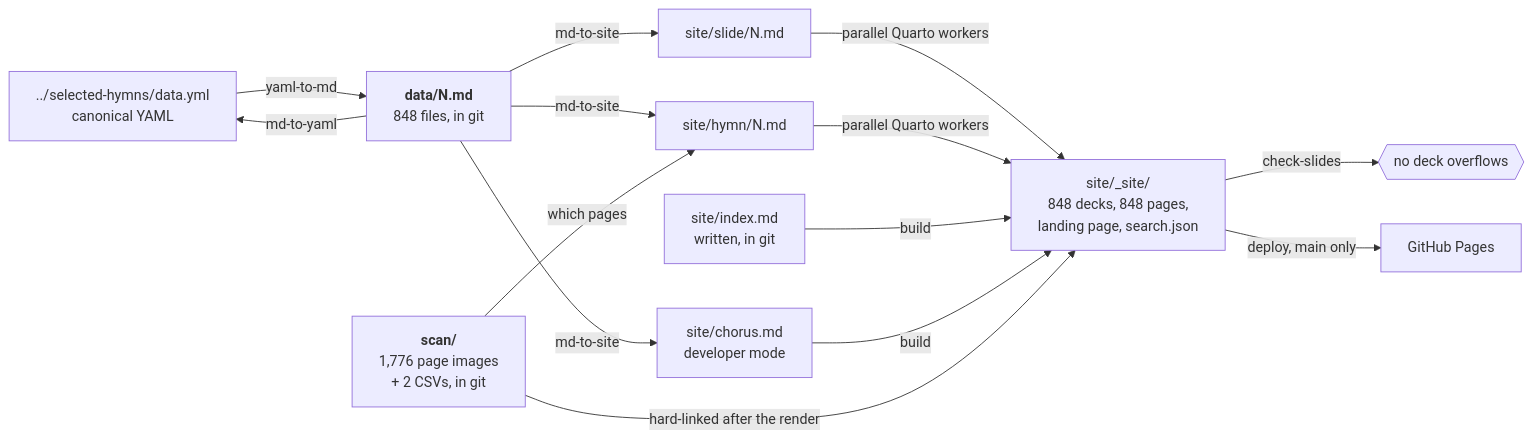
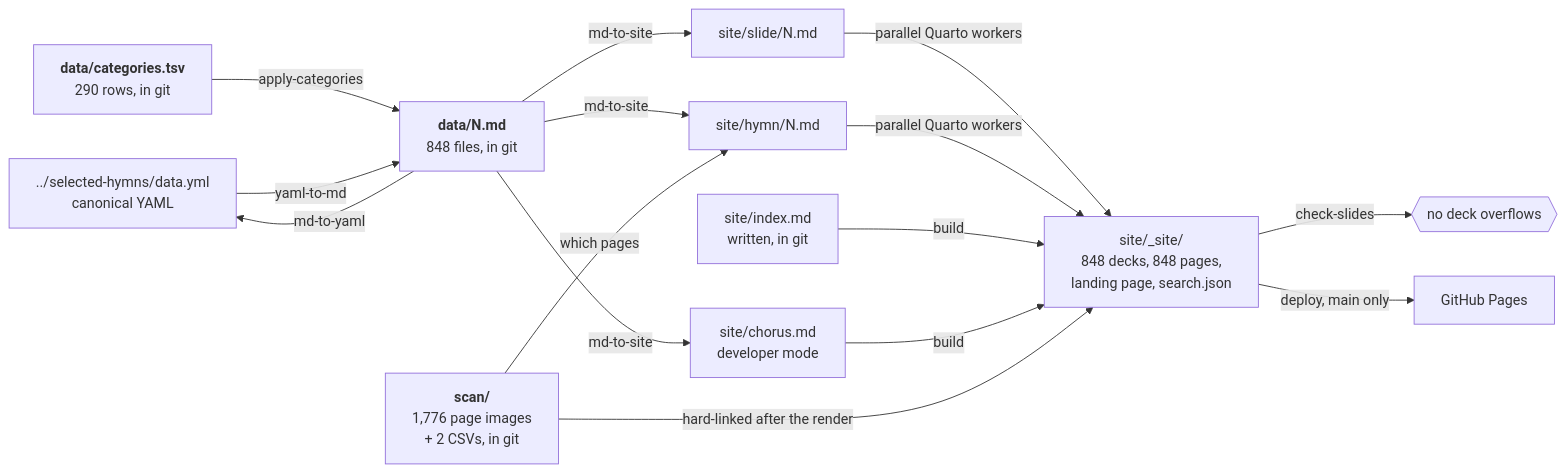
Before and after one commit to ickc/selected-hymns-and-songs: the first of 3 diagrams in DEVELOPER.md, drawn with Mermaid. The commit also changed other lines of this file and 8 other files, not shown here.

````diff
--- a/DEVELOPER.md
+++ b/DEVELOPER.md
@@ -19,26 +19,28 @@
 ```mermaid
 flowchart LR
   yaml["../selected-hymns/data.yml<br/>canonical YAML"]
   md["<b>data/N.md</b><br/>848 files, in git"]
   scan["<b>scan/</b><br/>1,776 page images<br/>+ 2 CSVs, in git"]
+  cats["<b>data/categories.tsv</b><br/>290 rows, in git"]
   slide["site/slide/N.md"]
   page["site/hymn/N.md"]
   index["site/index.md<br/>written, in git"]
   chorus["site/chorus.md<br/>developer mode"]
   built["site/_site/<br/>848 decks, 848 pages,<br/>landing page, search.json"]
   pages["GitHub Pages"]
 
+  cats -- "apply-categories" --> md
   yaml -- "yaml-to-md" --> md
   md -- "md-to-yaml" --> yaml
   md -- "md-to-site" --> slide
   md -- "md-to-site" --> page
   md -- "md-to-site" --> chorus
   scan -- "which pages" --> page
   slide -- "parallel Quarto workers" --> built
   page -- "parallel Quarto workers" --> built
   index -- "build" --> built
   chorus -- "build" --> built
   scan -- "hard-linked after the render" --> built
   built -- "check-slides" --> checked{{"no deck overflows"}}
   built -- "deploy, main only" --> pages
 ```
````
